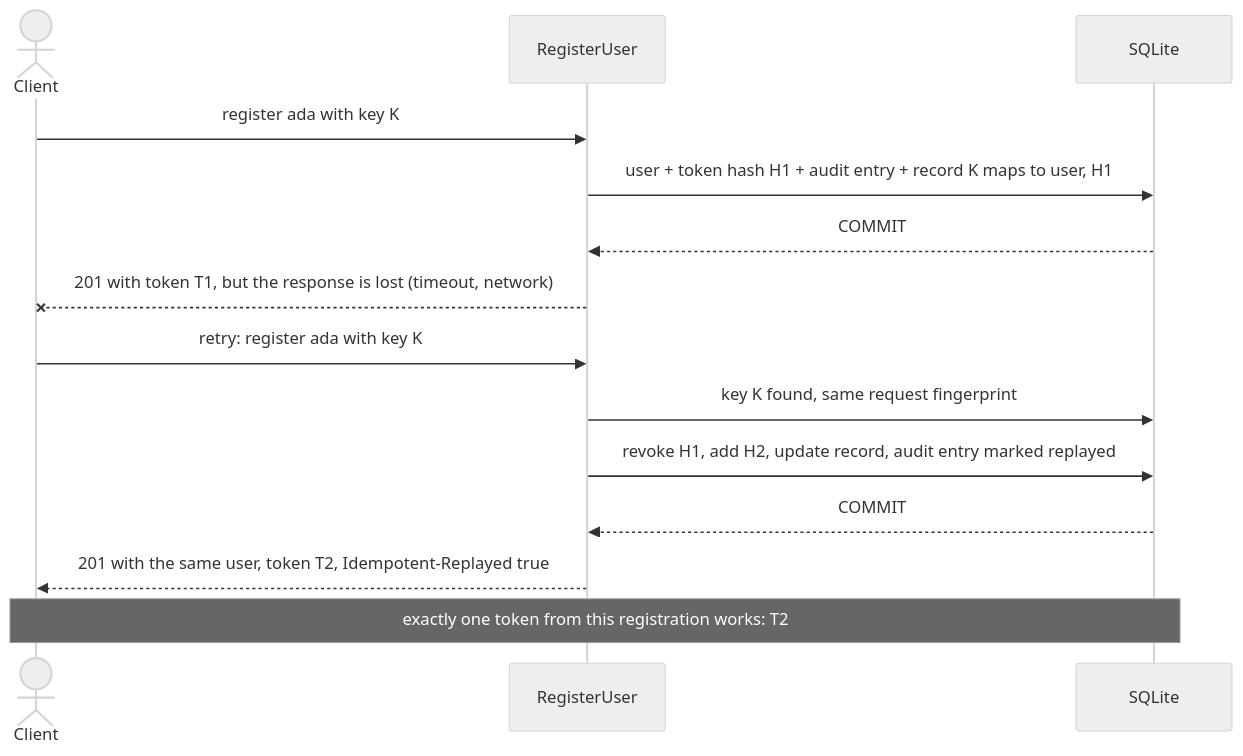
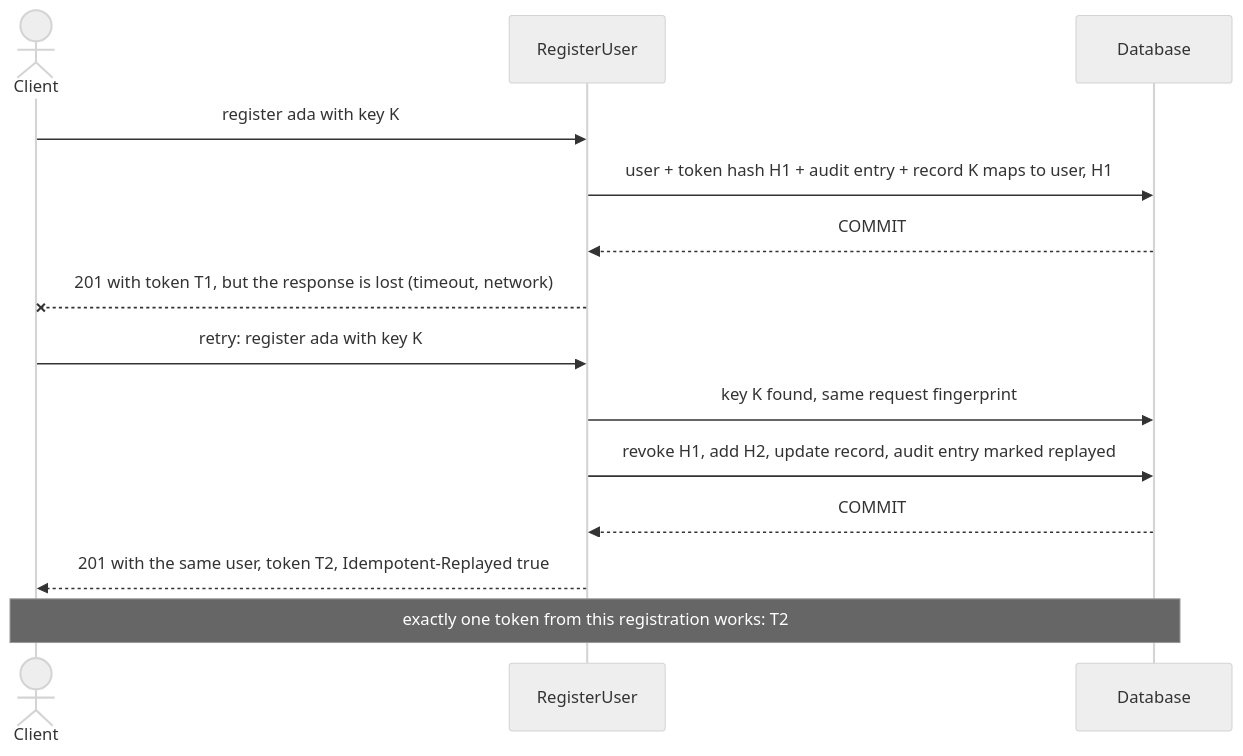
One commit to ashforge-rs/blitz changed the fifth of 6 diagrams in examples/todo/README.md. Above: the diagram before and after it, drawn with Mermaid (neutral theme). The commit also changed other lines of this file and 67 other files, not shown here.

````diff
--- a/examples/todo/README.md
+++ b/examples/todo/README.md
@@ -430,17 +446,17 @@
 ```mermaid
 sequenceDiagram
     actor C as Client
     participant U as RegisterUser
-    participant D as SQLite
+    participant D as Database
 
     C->>U: register ada with key K
     U->>D: user + token hash H1 + audit entry + record K maps to user, H1
     D-->>U: COMMIT
     U--xC: 201 with token T1, but the response is lost (timeout, network)
     C->>U: retry: register ada with key K
     U->>D: key K found, same request fingerprint
     U->>D: revoke H1, add H2, update record, audit entry marked replayed
     D-->>U: COMMIT
     U-->>C: 201 with the same user, token T2, Idempotent-Replayed true
     Note over C,D: exactly one token from this registration works: T2
 ```
````
